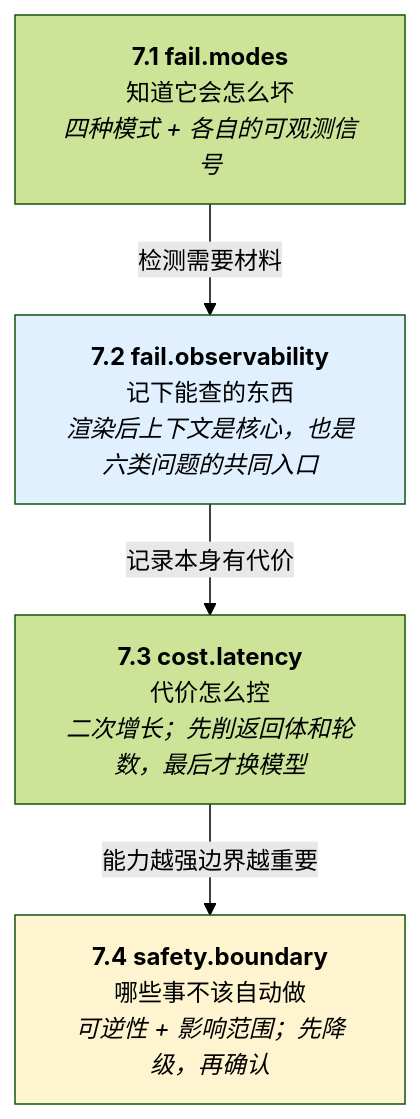
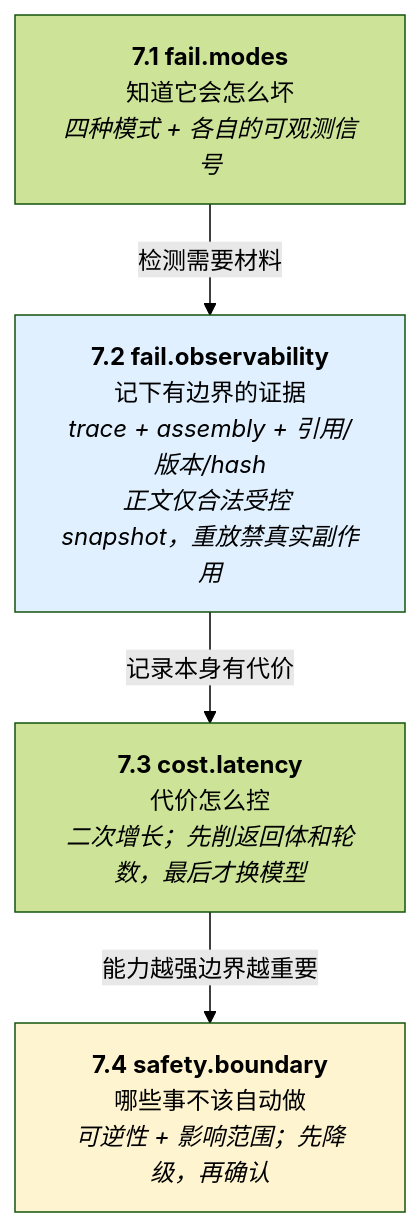
Before and after one commit to didadila/ai-agent-handbook: the ninth of 11 diagrams in handbook/ai-agent/07-失败模式与工程化.md, drawn with Mermaid (forest theme). The commit also changed other lines of this file and 211 other files, not shown here.

````diff
--- a/handbook/ai-agent/07-失败模式与工程化.md
+++ b/handbook/ai-agent/07-失败模式与工程化.md
@@ -822,14 +832,14 @@
 ```mermaid
 flowchart TB
     A["<b>7.1 fail.modes</b><br/>知道它会怎么坏<br/><i>四种模式 + 各自的可观测信号</i>"]
-    B["<b>7.2 fail.observability</b><br/>记下能查的东西<br/><i>渲染后上下文是核心，也是六类问题的共同入口</i>"]
+    B["<b>7.2 fail.observability</b><br/>记下有边界的证据<br/><i>trace + assembly + 引用/版本/hash<br/>正文仅合法受控 snapshot，重放禁真实副作用</i>"]
     C["<b>7.3 cost.latency</b><br/>代价怎么控<br/><i>二次增长；先削返回体和轮数，最后才换模型</i>"]
     D["<b>7.4 safety.boundary</b><br/>哪些事不该自动做<br/><i>可逆性 + 影响范围；先降级，再确认</i>"]
 
     A -->|"检测需要材料"| B
     B -->|"记录本身有代价"| C
     C -->|"能力越强边界越重要"| D
 
     style B fill:#e0f0ff
     style D fill:#fff4d0
 ```
````
